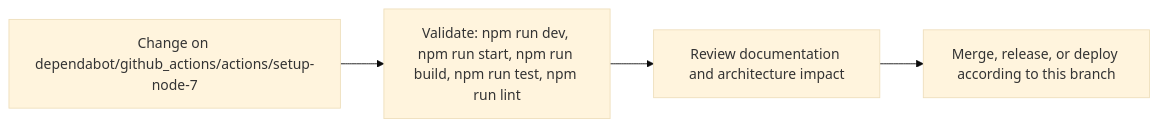
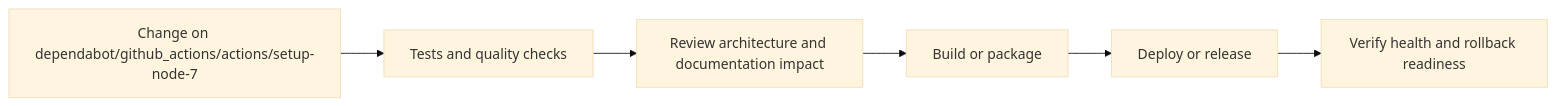
Before and after one commit to Nischhalsubba/BindForge-NW: the fifth of 6 diagrams in README.md, drawn with Mermaid (base theme). The commit also changed other lines of this file, not shown here.

````diff
--- a/README.md
+++ b/README.md
@@ -88,8 +192,8 @@
 ```mermaid
 flowchart LR
-    CHANGE["Change on dependabot/github_actions/actions/setup-node-7"]
-    CHECK["Validate: npm run dev, npm run start, npm run build, npm run test, npm run lint"]
-    REVIEW["Review documentation and architecture impact"]
-    RELEASE["Merge, release, or deploy according to this branch"]
-    CHANGE --> CHECK --> REVIEW --> RELEASE
+    CHANGE["Change on dependabot/github_actions/actions/setup-node-7"] --> CHECK["Tests and quality checks"]
+    CHECK --> REVIEW["Review architecture and documentation impact"]
+    REVIEW --> BUILD["Build or package"]
+    BUILD --> DEPLOY["Deploy or release"]
+    DEPLOY --> VERIFY["Verify health and rollback readiness"]
 ```
````
